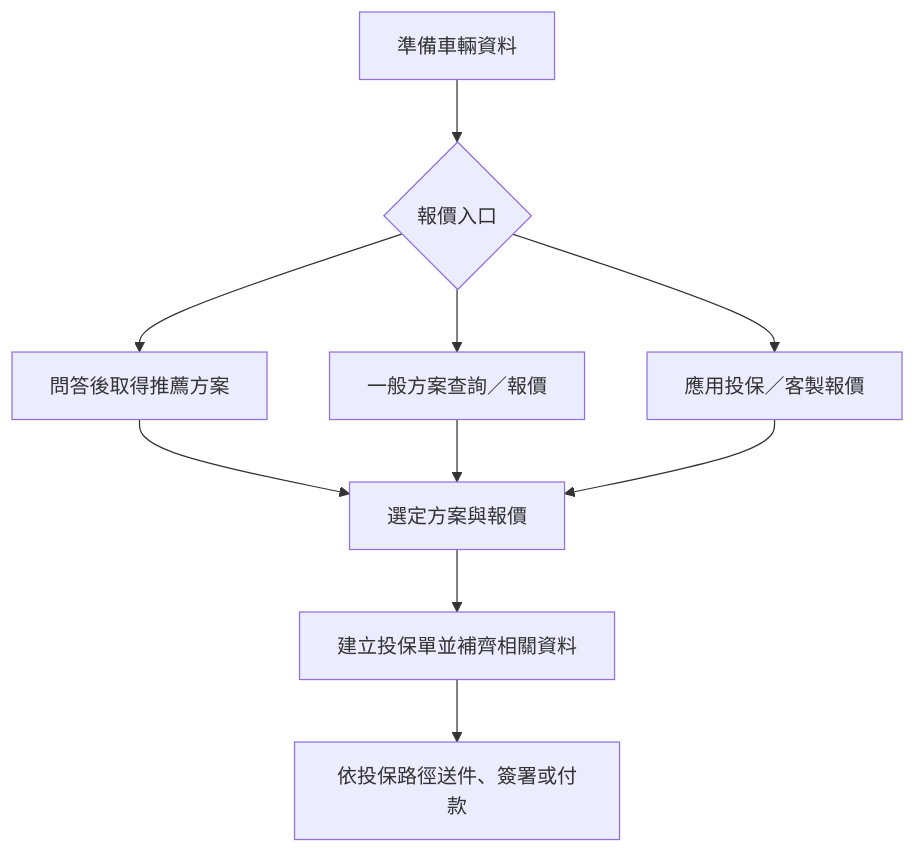
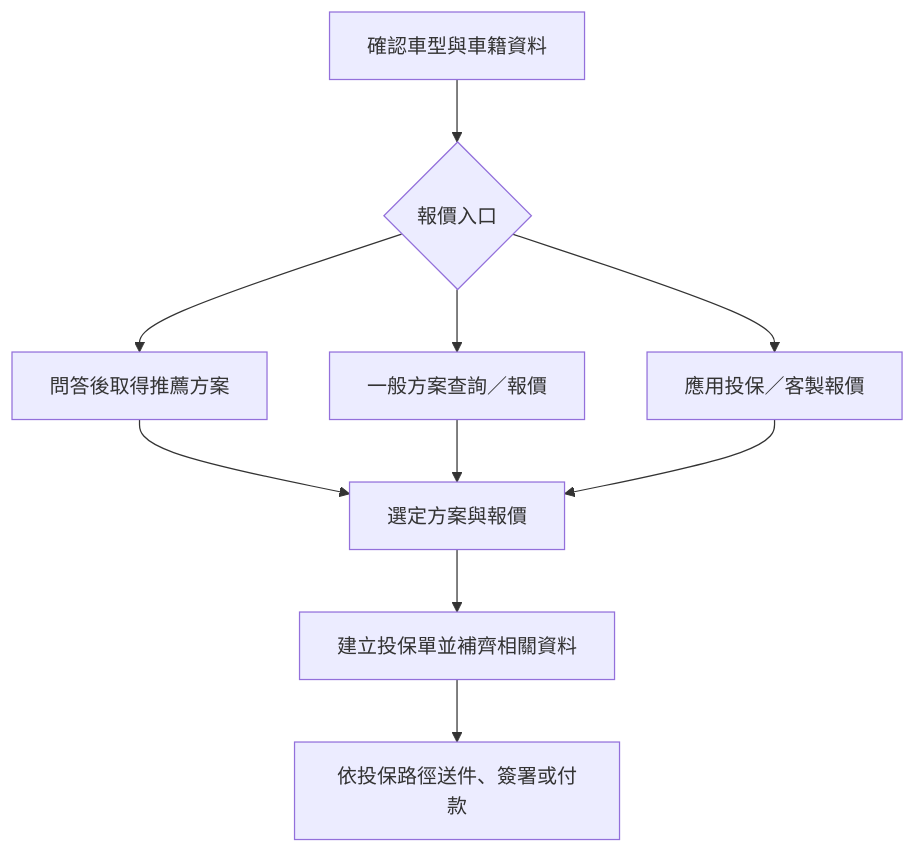
The first of 2 diagrams in README.md (highhao/insurance-saas-platform), drawn with Mermaid before and after one commit.

Commit message:
Clarify vehicle information step

````diff
--- a/README.md
+++ b/README.md
@@ -9,12 +9,12 @@
 ```mermaid
 flowchart TB
-    A[準備車輛資料] --> B{報價入口}
+    A[確認車型與車籍資料] --> B{報價入口}
     B --> C[問答後取得推薦方案]
     B --> D[一般方案查詢／報價]
     B --> E[應用投保／客製報價]
     C --> F[選定方案與報價]
     D --> F
     E --> F
     F --> G[建立投保單並補齊相關資料]
     G --> H[依投保路徑送件、簽署或付款]
 ```
````
